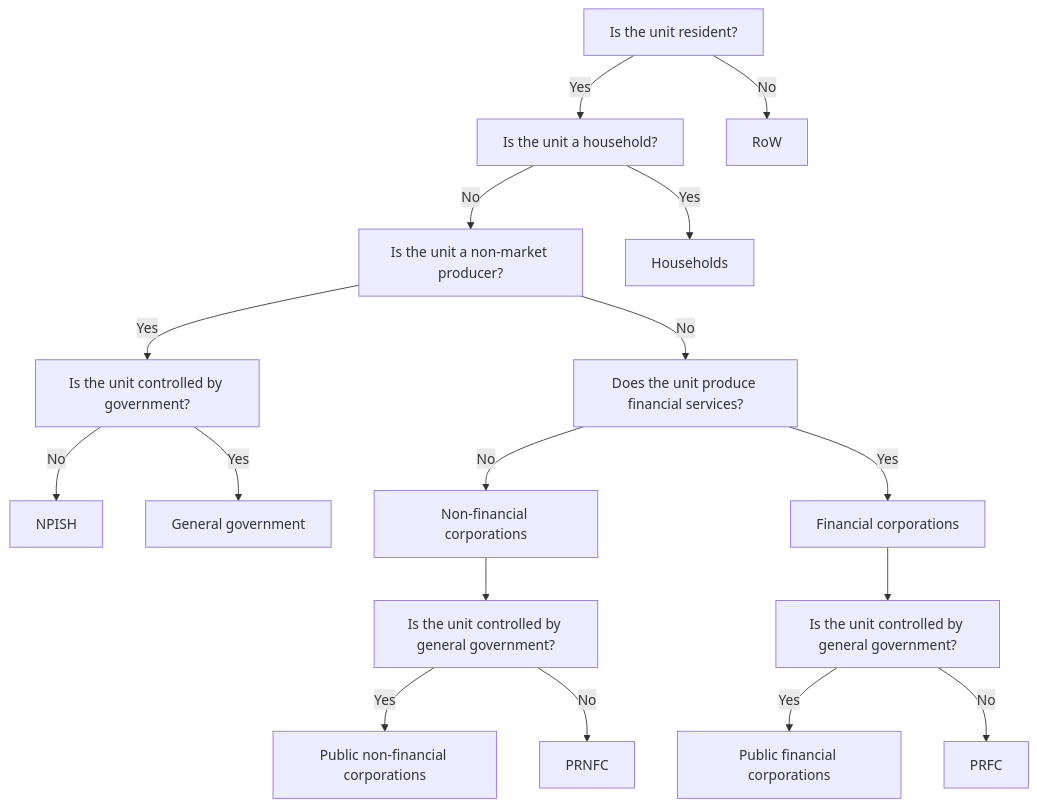
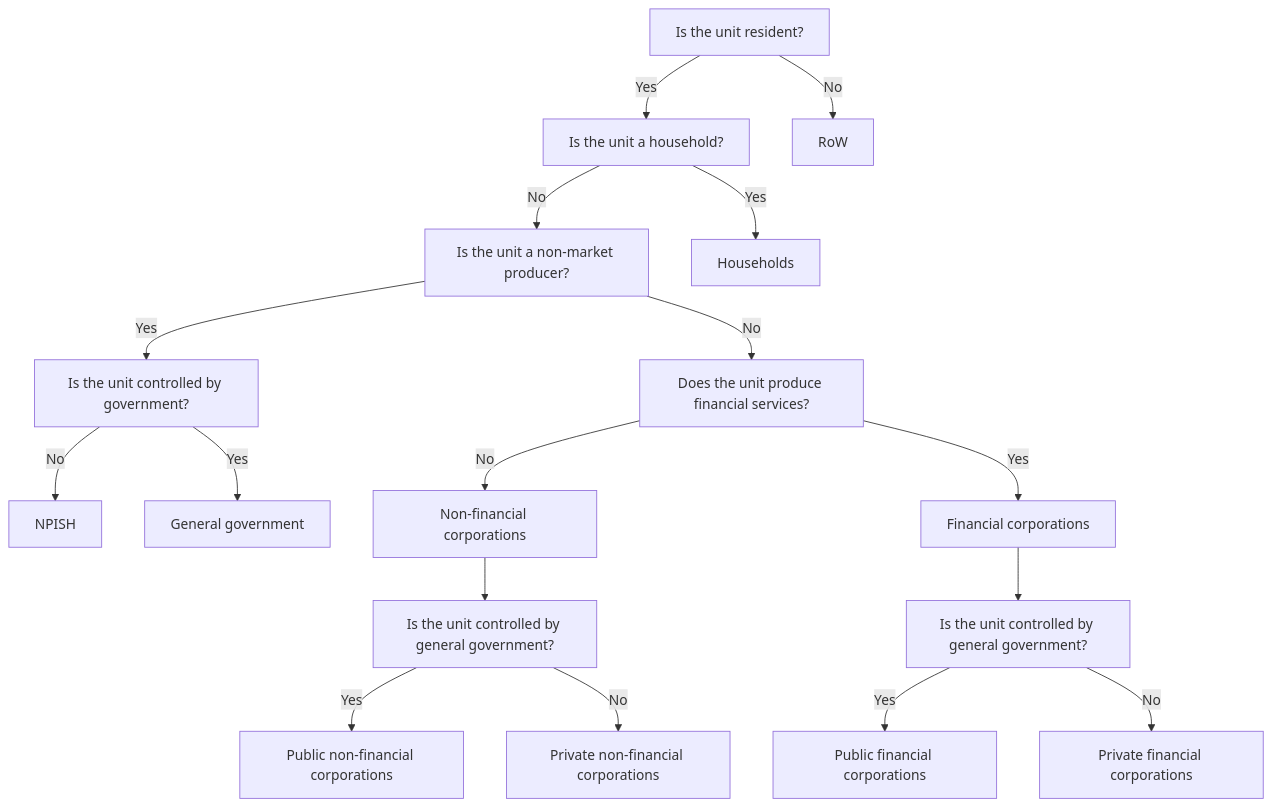
The diagram in docs/DataModelReview/mmd/MeasuresUnitResidentflowchart.mmd (eeadata/WISE.WFD.Documentation), drawn with Mermaid before and after one commit. The commit also changed 4 other files, not shown here.

```diff
--- a/docs/DataModelReview/mmd/MeasuresUnitResidentflowchart.mmd
+++ b/docs/DataModelReview/mmd/MeasuresUnitResidentflowchart.mmd
@@ -1,31 +1,31 @@
 flowchart TB
 
     A[Is the unit resident?]
 
     A -->|Yes| B[Is the unit a household?]
     A -->|No| RoW[RoW]
 
     B -->|No| C[Is the unit a non-market producer?]
     B -->|Yes| Households[Households]
 
     C -->|Yes| D[Is the unit controlled by government?]
     C -->|No| E[Does the unit produce financial services?]
 
     D -->|No| NPISH[NPISH]
     D -->|Yes| GG[General government]
 
     E -->|No| NFC[Non-financial corporations]
     E -->|Yes| FC[Financial corporations]
 
     %% --- FIX: give unique IDs to repeated decision boxes ---
     NFC --> D1[Is the unit controlled by general government?]
     
 
     D1 -->|Yes| PNFC[Public non-financial corporations]
-    D1 -->|No| PRNFC
+    D1 -->|No| PRNFC[Private non-financial corporations]
 
     FC -->D2[Is the unit controlled by general government?]
     
 
     D2 -->|Yes| PUFC[Public financial corporations]
-    D2 -->|No| PRFC
+    D2 -->|No| PRFC[Private financial corporations]
```
